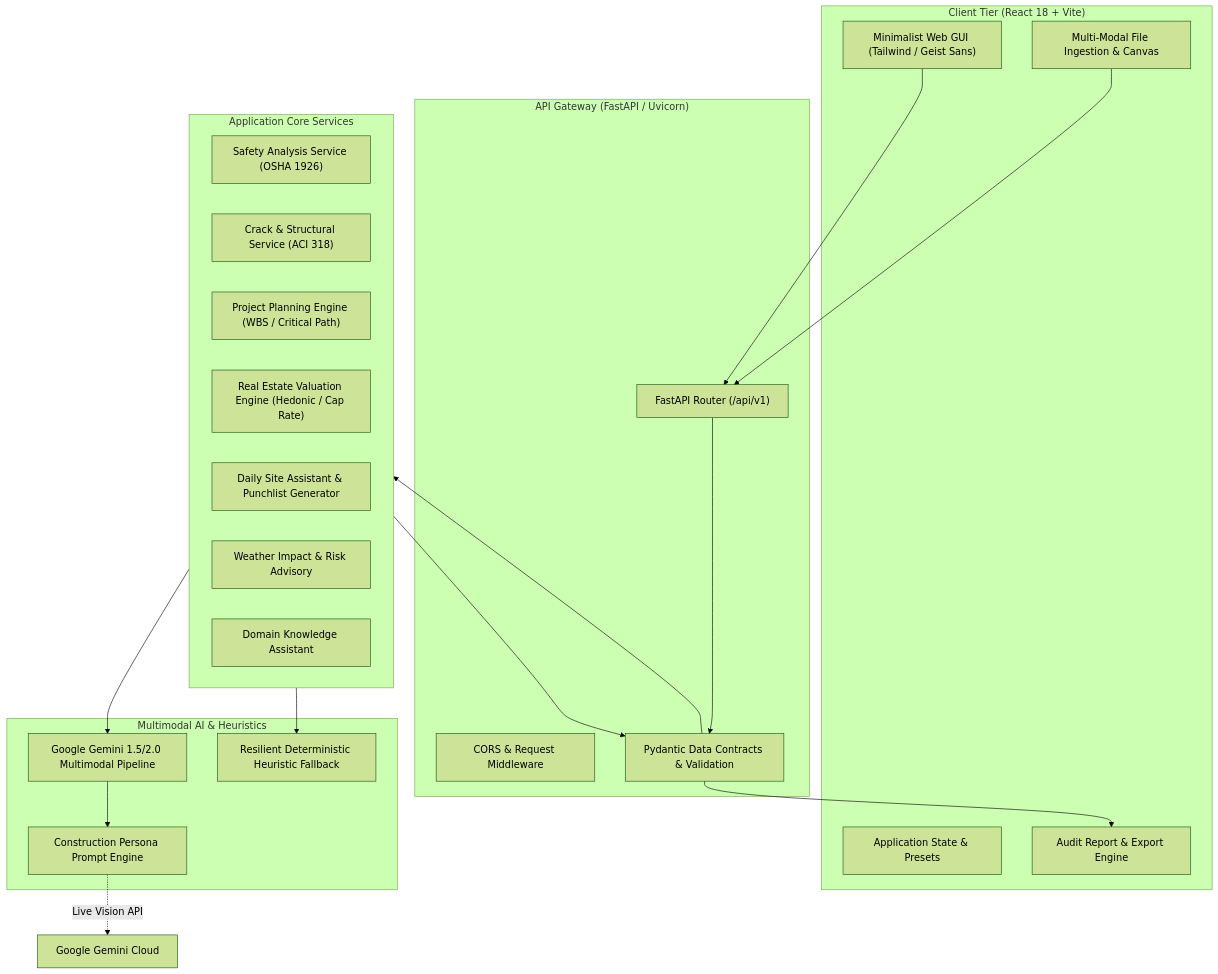
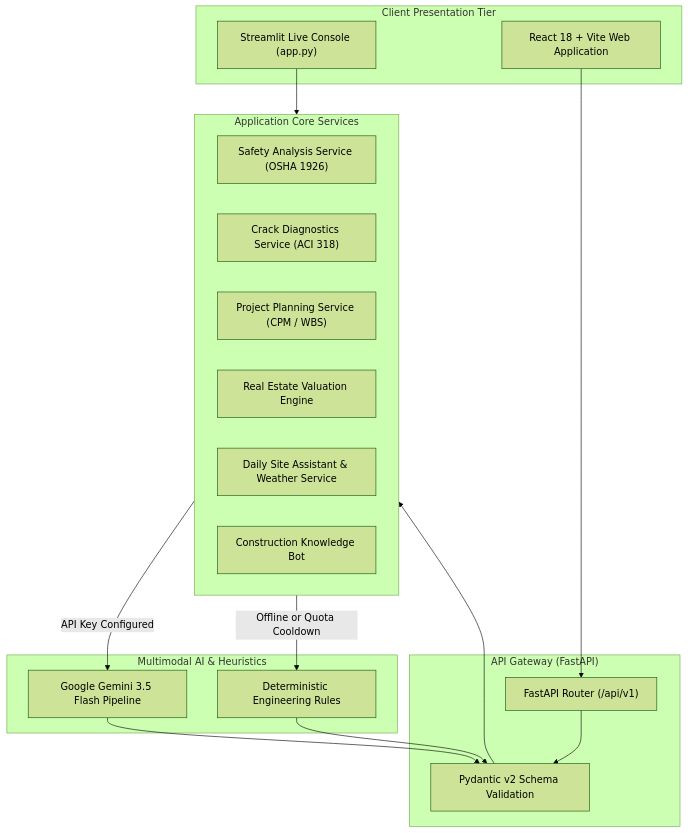
One commit to nainaaa10/construction-intelligence-platform changed the first of 2 diagrams in docs/ARCHITECTURE.md. Above: the diagram before and after it, drawn with Mermaid (forest theme). The commit also changed other lines of this file and 4 other files, not shown here.

Commit message:
docs: simplify documentation, add proper mermaid diagrams, and update platform screenshot

````diff
--- a/docs/ARCHITECTURE.md
+++ b/docs/ARCHITECTURE.md
@@ -8,42 +7,35 @@
 ```mermaid
 flowchart TD
-    subgraph Client ["Client Tier (React 18 + Vite)"]
-        UI["Minimalist Web GUI (Tailwind / Geist Sans)"]
-        State["Application State & Presets"]
-        Uploader["Multi-Modal File Ingestion & Canvas"]
-        ExportEngine["Audit Report & Export Engine"]
+    subgraph Client ["Client Presentation Tier"]
+        UI1["Streamlit Live Console (app.py)"]
+        UI2["React 18 + Vite Web Application"]
     end
 
-    subgraph Gateway ["API Gateway (FastAPI / Uvicorn)"]
+    subgraph Gateway ["API Gateway (FastAPI)"]
         Router["FastAPI Router (/api/v1)"]
-        CORS["CORS & Request Middleware"]
-        PydanticLayer["Pydantic Data Contracts & Validation"]
+        Validation["Pydantic v2 Schema Validation"]
     end
 
-    subgraph CoreServices ["Application Core Services"]
+    subgraph Core ["Application Core Services"]
         SafetySvc["Safety Analysis Service (OSHA 1926)"]
-        CrackSvc["Crack & Structural Service (ACI 318)"]
-        PlanSvc["Project Planning Engine (WBS / Critical Path)"]
-        ValuationSvc["Real Estate Valuation Engine (Hedonic / Cap Rate)"]
-        LogSvc["Daily Site Assistant & Punchlist Generator"]
-        WeatherSvc["Weather Impact & Risk Advisory"]
-        ChatSvc["Domain Knowledge Assistant"]
+        CrackSvc["Crack Diagnostics Service (ACI 318)"]
+        PlanSvc["Project Planning Service (CPM / WBS)"]
+        ValuationSvc["Real Estate Valuation Engine"]
+        SiteLogSvc["Daily Site Assistant & Weather Service"]
+        ChatSvc["Construction Knowledge Bot"]
     end
 
     subgraph Intelligence ["Multimodal AI & Heuristics"]
-        GeminiAdapter["Google Gemini 1.5/2.0 Multimodal Pipeline"]
-        PromptEngine["Construction Persona Prompt Engine"]
-        RuleFallback["Resilient Deterministic Heuristic Fallback"]
+        GeminiAdapter["Google Gemini 3.5 Flash Pipeline"]
+        RuleFallback["Deterministic Engineering Rules"]
     end
 
-    UI --> Router
-    Uploader --> Router
-    Router --> PydanticLayer
-    PydanticLayer --> CoreServices
-    CoreServices --> GeminiAdapter
-    CoreServices --> RuleFallback
-    GeminiAdapter --> PromptEngine
-    PromptEngine -.-> |Live Vision API| GoogleGenAI["Google Gemini Cloud"]
-    CoreServices --> PydanticLayer
-    PydanticLayer --> ExportEngine
+    UI1 --> Core
+    UI2 --> Router
+    Router --> Validation
+    Validation --> Core
+    Core -->|"API Key Configured"| GeminiAdapter
+    Core -->|"Offline or Quota Cooldown"| RuleFallback
+    GeminiAdapter --> Validation
+    RuleFallback --> Validation
 ```
````
